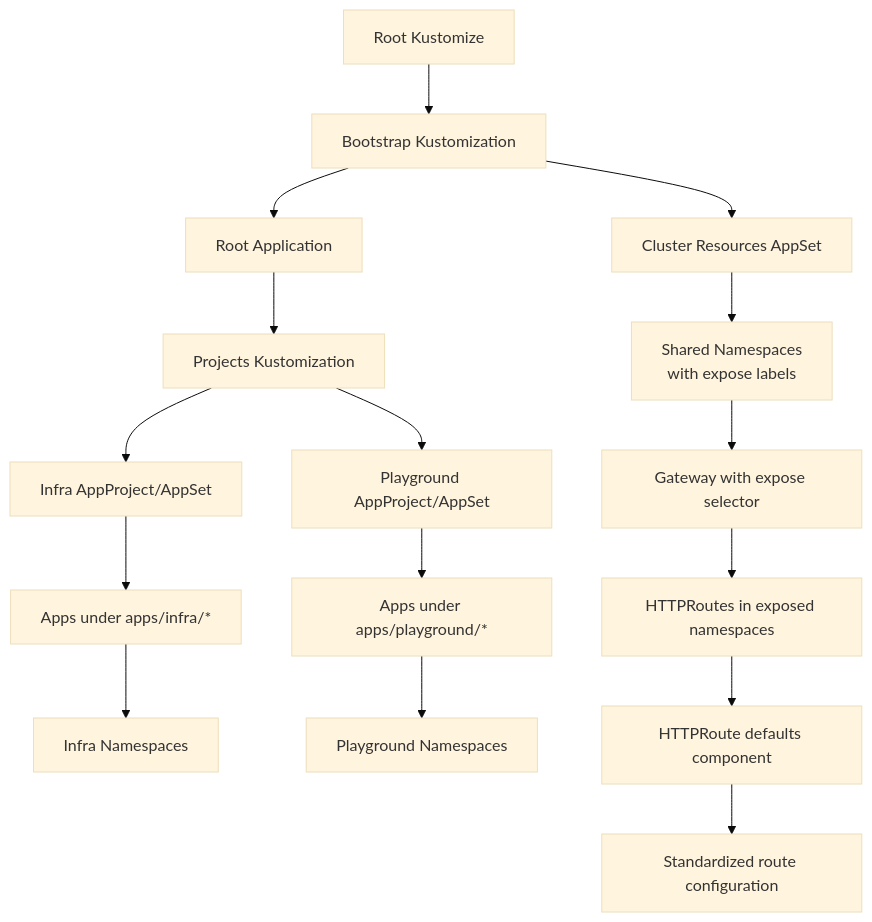
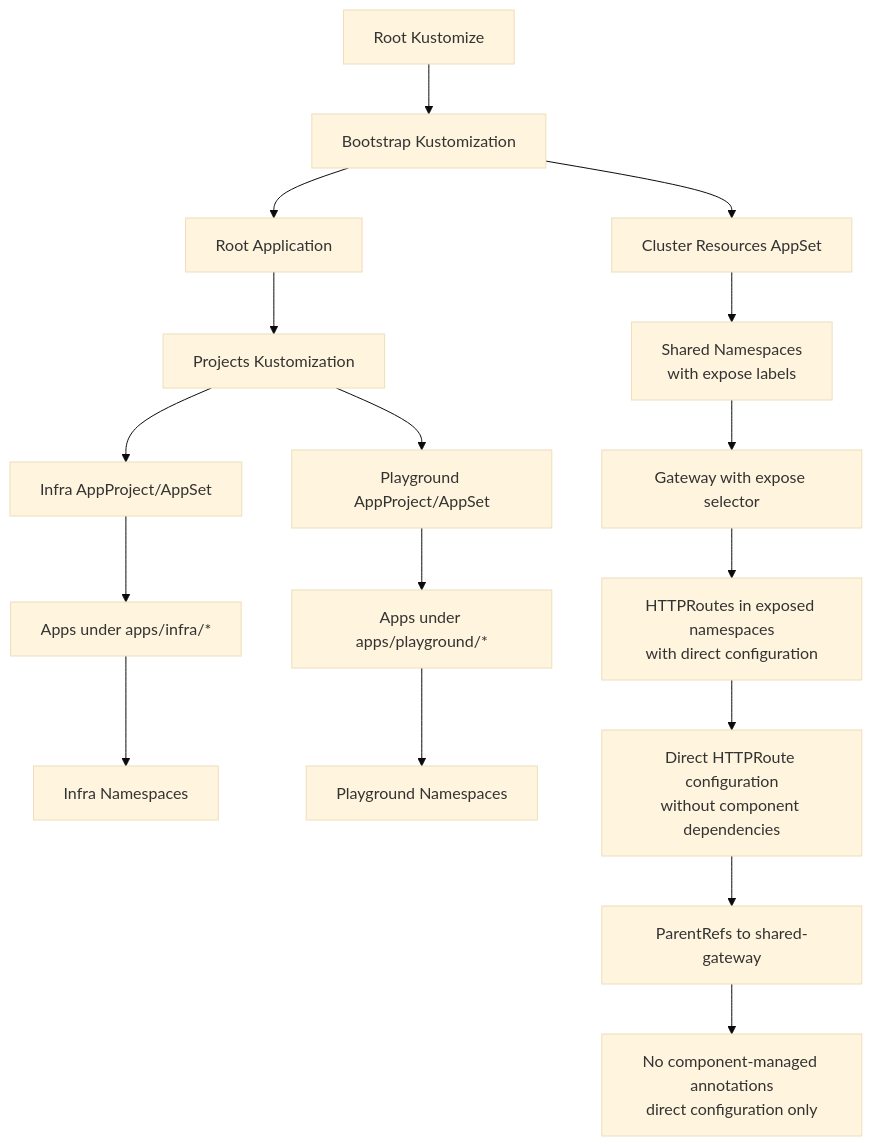
The ninth of 9 diagrams in .qoder/repowiki/en/content/Application Configuration/Namespace Management and Isolation.md (Hoangvu75/k8s_manifest), drawn with Mermaid (base theme) before and after one commit. The commit also changed other lines of this file and 15 other files, not shown here.

````diff
--- a/.qoder/repowiki/en/content/Application Configuration/Namespace Management and Isolation.md
+++ b/.qoder/repowiki/en/content/Application Configuration/Namespace Management and Isolation.md
@@ -374,18 +380,19 @@
 ```mermaid
 graph TB
 Root["Root Kustomize"] --> Boot["Bootstrap Kustomization"]
 Boot --> RootApp["Root Application"]
 Boot --> CRS["Cluster Resources AppSet"]
 CRS --> NSDef["Shared Namespaces<br/>with expose labels"]
 RootApp --> Proj["Projects Kustomization"]
 Proj --> InfraProj["Infra AppProject/AppSet"]
 Proj --> PlayProj["Playground AppProject/AppSet"]
 InfraProj --> InfraApps["Apps under apps/infra/*"]
 PlayProj --> PlayApps["Apps under apps/playground/*"]
 InfraApps --> InfraNS["Infra Namespaces"]
 PlayApps --> PlayNS["Playground Namespaces"]
 NSDef --> GW["Gateway with expose selector"]
-GW --> ExposedRoutes["HTTPRoutes in exposed namespaces"]
-ExposedRoutes --> Defaults["HTTPRoute defaults component"]
-Defaults --> ManagedRoutes["Standardized route configuration"]
+GW --> ExposedRoutes["HTTPRoutes in exposed namespaces<br/>with direct configuration"]
+ExposedRoutes --> DirectConfig["Direct HTTPRoute configuration<br/>without component dependencies"]
+DirectConfig --> ParentRef["ParentRefs to shared-gateway"]
+ParentRef --> Managed["No component-managed annotations<br/>direct configuration only"]
 ```
````
